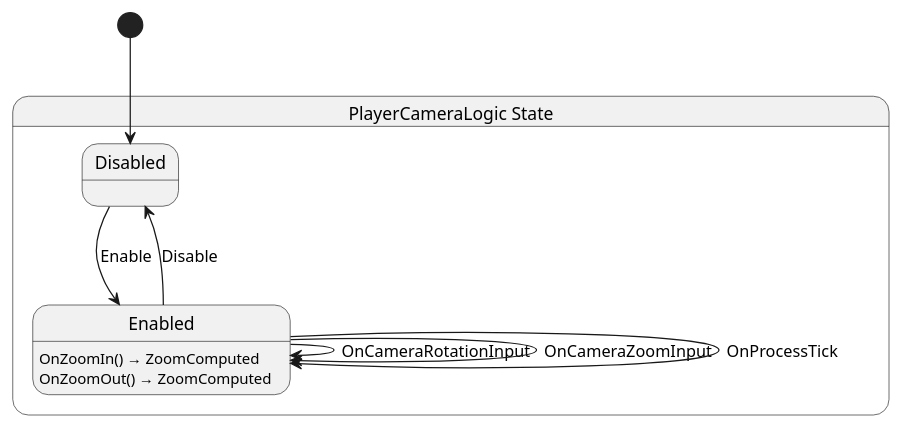
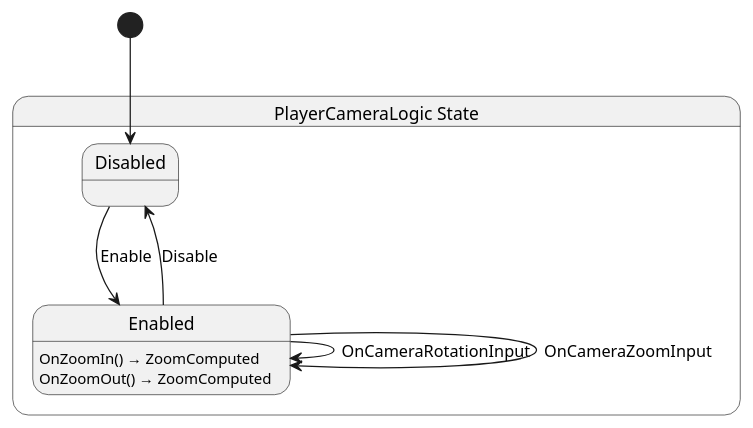
Before and after one commit to SkyValor/rescue-drone: the diagram in Scripts/Drone/PlayerCamera/State/PlayerCameraLogic.g.puml, drawn with PlantUML. The commit also changed 6 other files, not shown here.

Commit message:
Finished implementing the logic for the PlayerLogic state machine to correctly use the InputComponent methods for the drone movement.

```diff
--- a/Scripts/Drone/PlayerCamera/State/PlayerCameraLogic.g.puml
+++ b/Scripts/Drone/PlayerCamera/State/PlayerCameraLogic.g.puml
@@ -1,17 +1,16 @@
 @startuml PlayerCameraLogic
 state "PlayerCameraLogic State" as RescueDrone_PlayerCameraLogic_State {
   state "Disabled" as RescueDrone_PlayerCameraLogic_State_Disabled
   state "Enabled" as RescueDrone_PlayerCameraLogic_State_Enabled
 }
 
 RescueDrone_PlayerCameraLogic_State_Disabled --> RescueDrone_PlayerCameraLogic_State_Enabled : Enable
 RescueDrone_PlayerCameraLogic_State_Enabled --> RescueDrone_PlayerCameraLogic_State_Disabled : Disable
 RescueDrone_PlayerCameraLogic_State_Enabled --> RescueDrone_PlayerCameraLogic_State_Enabled : OnCameraRotationInput
 RescueDrone_PlayerCameraLogic_State_Enabled --> RescueDrone_PlayerCameraLogic_State_Enabled : OnCameraZoomInput
-RescueDrone_PlayerCameraLogic_State_Enabled --> RescueDrone_PlayerCameraLogic_State_Enabled : OnProcessTick
 
 RescueDrone_PlayerCameraLogic_State_Enabled : OnZoomIn() → ZoomComputed
 RescueDrone_PlayerCameraLogic_State_Enabled : OnZoomOut() → ZoomComputed
 
 [*] --> RescueDrone_PlayerCameraLogic_State_Disabled
 @enduml
```
